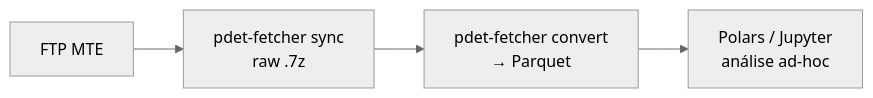
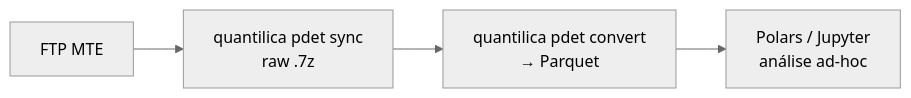
Before and after one commit to Quantilica/docs: the first of 2 diagrams in docs/trabalho/index.md, drawn with Mermaid (neutral theme). The commit also changed other lines of this file and 22 other files, not shown here.

````diff
--- a/docs/trabalho/index.md
+++ b/docs/trabalho/index.md
@@ -26,6 +26,6 @@
 ```mermaid
 graph LR
-    A[FTP MTE] --> B[pdet-fetcher sync<br/>raw .7z]
-    B --> C[pdet-fetcher convert<br/>→ Parquet]
+    A[FTP MTE] --> B[quantilica pdet sync<br/>raw .7z]
+    B --> C[quantilica pdet convert<br/>→ Parquet]
     C --> D[Polars / Jupyter<br/>análise ad-hoc]
 ```
````
